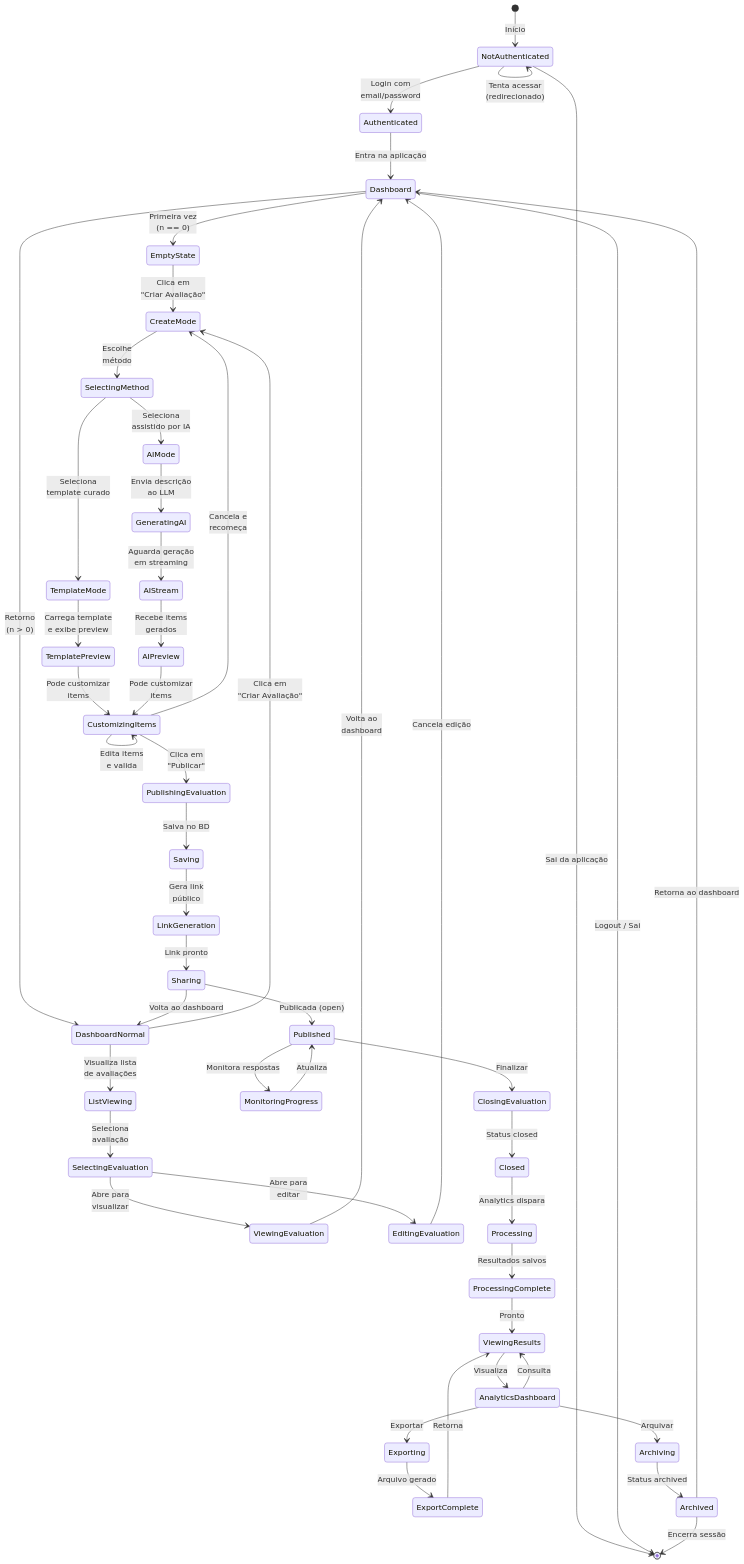
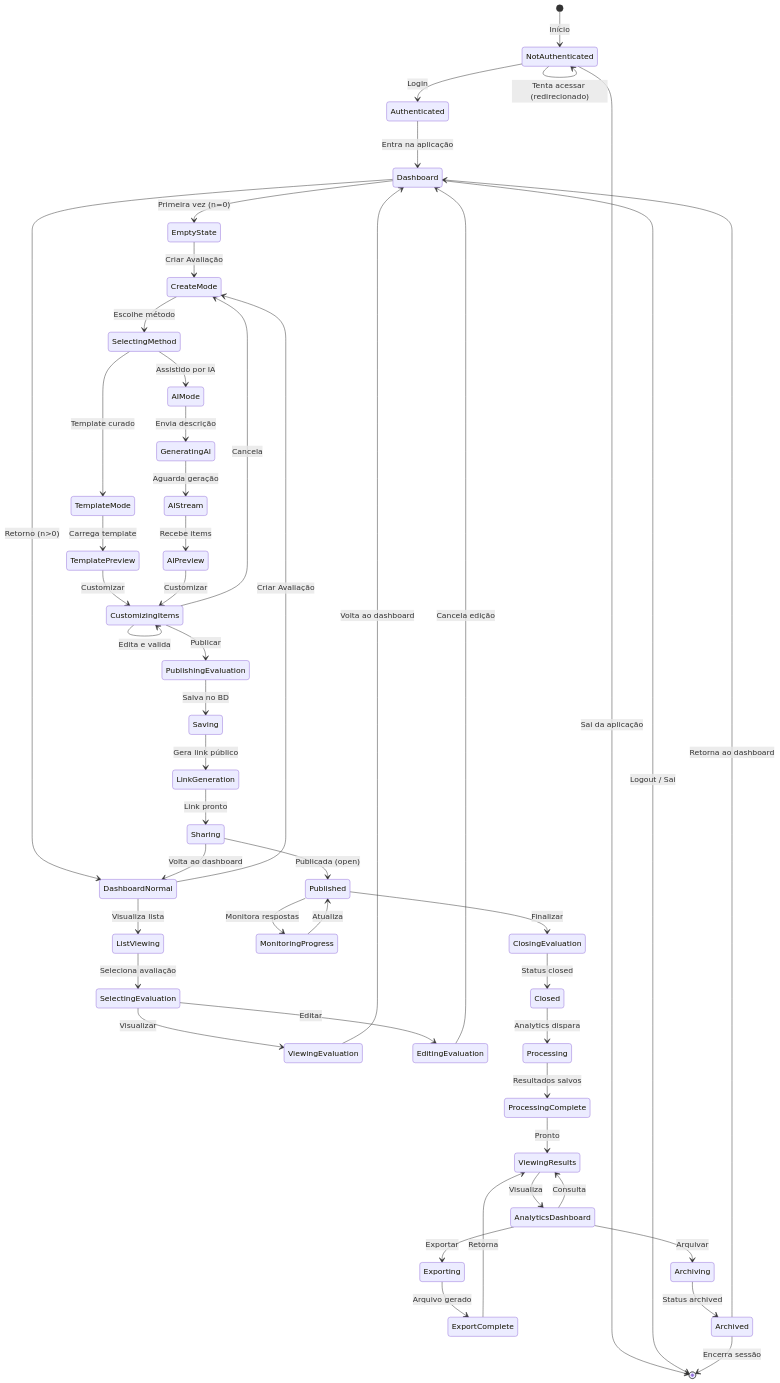
One commit to hbgit/aevalo changed the diagram in doc/engineering/fsm/fsm_user.md. Above: the diagram before and after it, drawn with Mermaid. The commit also changed 1 other file, not shown here.

Commit message:
Minor changes

````diff
--- a/doc/engineering/fsm/fsm_user.md
+++ b/doc/engineering/fsm/fsm_user.md
@@ -9,82 +9,82 @@
 ```mermaid
 stateDiagram-v2
     [*] --> NotAuthenticated: Início
 
-    NotAuthenticated --> Authenticated: Login com<br/>email/password
-    NotAuthenticated --> NotAuthenticated: Tenta acessar<br/>(redirecionado)
+    NotAuthenticated --> Authenticated: Login
+    NotAuthenticated --> NotAuthenticated: Tenta acessar (redirecionado)
 
     Authenticated --> Dashboard: Entra na aplicação
 
-    Dashboard --> EmptyState: Primeira vez<br/>(n == 0)
-    Dashboard --> DashboardNormal: Retorno<br/>(n > 0)
+    Dashboard --> EmptyState: Primeira vez (n=0)
+    Dashboard --> DashboardNormal: Retorno (n>0)
 
-    EmptyState --> CreateMode: Clica em<br/>"Criar Avaliação"
-    DashboardNormal --> ListViewing: Visualiza lista<br/>de avaliações
-    DashboardNormal --> CreateMode: Clica em<br/>"Criar Avaliação"
+    EmptyState --> CreateMode: Criar Avaliação
+    DashboardNormal --> ListViewing: Visualiza lista
+    DashboardNormal --> CreateMode: Criar Avaliação
 
-    ListViewing --> SelectingEvaluation: Seleciona<br/>avaliação
+    ListViewing --> SelectingEvaluation: Seleciona avaliação
 
-    SelectingEvaluation --> ViewingEvaluation: Abre para<br/>visualizar
-    SelectingEvaluation --> EditingEvaluation: Abre para<br/>editar
+    SelectingEvaluation --> ViewingEvaluation: Visualizar
+    SelectingEvaluation --> EditingEvaluation: Editar
 
-    ViewingEvaluation --> Dashboard: Volta ao<br/>dashboard
+    ViewingEvaluation --> Dashboard: Volta ao dashboard
 
     EditingEvaluation --> Dashboard: Cancela edição
 
-    CreateMode --> SelectingMethod: Escolhe<br/>método
+    CreateMode --> SelectingMethod: Escolhe método
 
-    SelectingMethod --> TemplateMode: Seleciona<br/>template curado
-    SelectingMethod --> AIMode: Seleciona<br/>assistido por IA
+    SelectingMethod --> TemplateMode: Template curado
+    SelectingMethod --> AIMode: Assistido por IA
 
-    TemplateMode --> TemplatePreview: Carrega template<br/>e exibe preview
+    TemplateMode --> TemplatePreview: Carrega template
 
-    AIMode --> GeneratingAI: Envia descrição<br/>ao LLM
-    GeneratingAI --> AIStream: Aguarda geração<br/>em streaming
-    AIStream --> AIPreview: Recebe items<br/>gerados
+    AIMode --> GeneratingAI: Envia descrição
+    GeneratingAI --> AIStream: Aguarda geração
+    AIStream --> AIPreview: Recebe items
 
-    TemplatePreview --> CustomizingItems: Pode customizar<br/>items
-    AIPreview --> CustomizingItems: Pode customizar<br/>items
+    TemplatePreview --> CustomizingItems: Customizar
+    AIPreview --> CustomizingItems: Customizar
 
-    CustomizingItems --> CustomizingItems: Edita items<br/>e valida
-    CustomizingItems --> PublishingEvaluation: Clica em<br/>"Publicar"
-    CustomizingItems --> CreateMode: Cancela e<br/>recomeça
+    CustomizingItems --> CustomizingItems: Edita e valida
+    CustomizingItems --> PublishingEvaluation: Publicar
+    CustomizingItems --> CreateMode: Cancela
 
     PublishingEvaluation --> Saving: Salva no BD
-    Saving --> LinkGeneration: Gera link<br/>público
+    Saving --> LinkGeneration: Gera link público
 
     LinkGeneration --> Sharing: Link pronto
 
     Sharing --> Published: Publicada (open)
     Sharing --> DashboardNormal: Volta ao dashboard
 
     Published --> MonitoringProgress: Monitora respostas
     Published --> ClosingEvaluation: Finalizar
 
     MonitoringProgress --> Published: Atualiza
 
     ClosingEvaluation --> Closed: Status closed
 
     Closed --> Processing: Analytics dispara
 
     Processing --> ProcessingComplete: Resultados salvos
 
     ProcessingComplete --> ViewingResults: Pronto
 
     ViewingResults --> AnalyticsDashboard: Visualiza
 
     AnalyticsDashboard --> ViewingResults: Consulta
 
     AnalyticsDashboard --> Exporting: Exportar
     AnalyticsDashboard --> Archiving: Arquivar
 
     Exporting --> ExportComplete: Arquivo gerado
     ExportComplete --> ViewingResults: Retorna
 
     Archiving --> Archived: Status archived
 
     Archived --> Dashboard: Retorna ao dashboard
 
     NotAuthenticated --> [*]: Sai da aplicação
     Dashboard --> [*]: Logout / Sai
     Archived --> [*]: Encerra sessão
 ```
````
